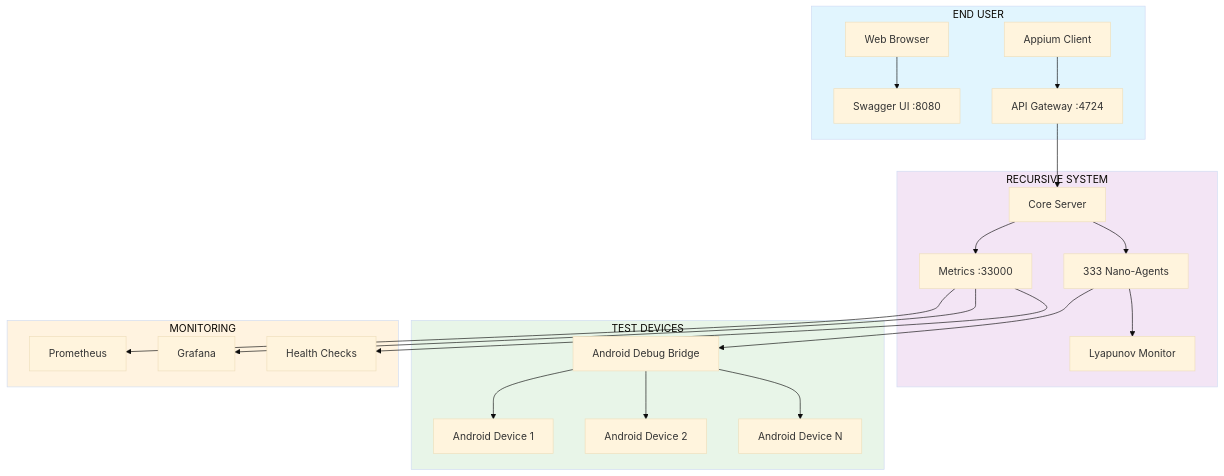
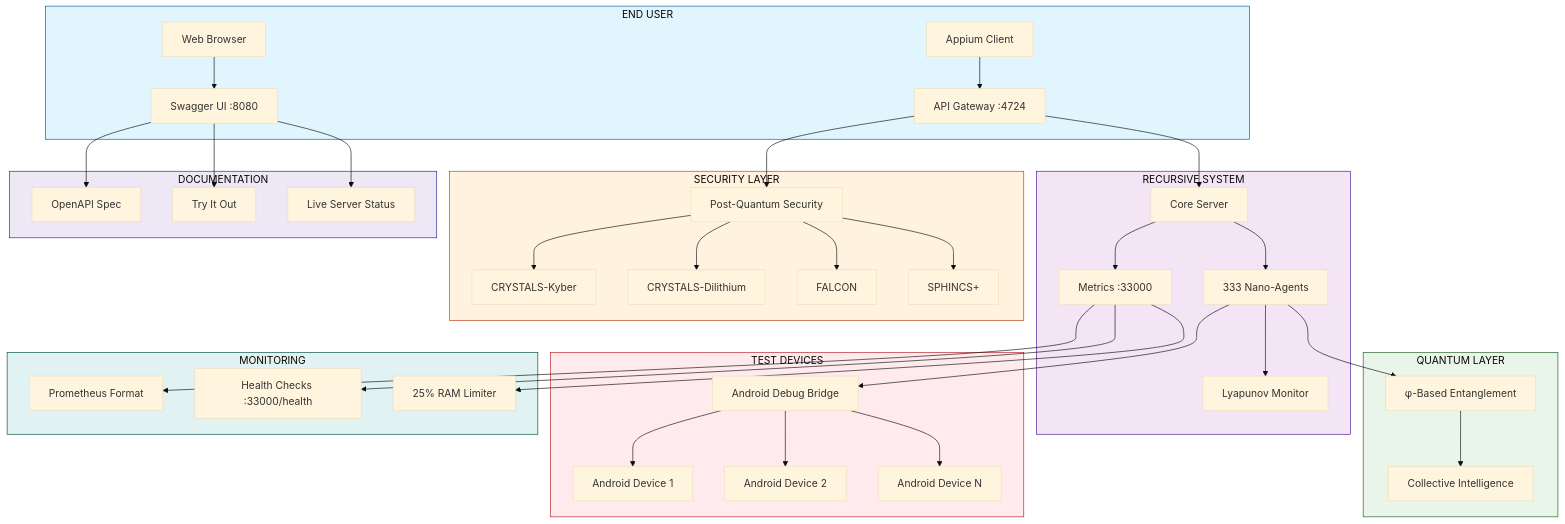
The diagram in USERMANUAL.md (primordialomegazero/Fully-Recursive-Autonomous-Appium), drawn with Mermaid (base theme) before and after one commit. The commit also changed other lines of this file, not shown here.

````diff
--- a/USERMANUAL.md
+++ b/USERMANUAL.md
@@ -205,32 +218,54 @@
 ```mermaid
 graph TB
     subgraph USER["END USER"]
         A[Web Browser] --> S[Swagger UI :8080]
         B[Appium Client] --> API[API Gateway :4724]
     end
 
     subgraph SYSTEM["RECURSIVE SYSTEM"]
         API --> CORE[Core Server]
         CORE --> AGENTS[333 Nano-Agents]
         AGENTS --> STABILITY[Lyapunov Monitor]
         CORE --> METRICS[Metrics :33000]
     end
 
+    subgraph QUANTUM["QUANTUM LAYER"]
+        AGENTS --> ENTANGLE[φ-Based Entanglement]
+        ENTANGLE --> COLLECTIVE[Collective Intelligence]
+    end
+
+    subgraph SECURITY["SECURITY LAYER"]
+        API --> PQ[Post-Quantum Security]
+        PQ --> KYBER[CRYSTALS-Kyber]
+        PQ --> DILITHIUM[CRYSTALS-Dilithium]
+        PQ --> FALCON[FALCON]
+        PQ --> SPHINCS[SPHINCS+]
+    end
+
     subgraph DEVICES["TEST DEVICES"]
         AGENTS --> ADB[Android Debug Bridge]
         ADB --> D1[Android Device 1]
         ADB --> D2[Android Device 2]
         ADB --> DN[Android Device N]
     end
 
     subgraph MONITOR["MONITORING"]
-        METRICS --> P[Prometheus]
-        METRICS --> G[Grafana]
-        METRICS --> H[Health Checks]
+        METRICS --> P[Prometheus Format]
+        METRICS --> H[Health Checks :33000/health]
+        METRICS --> MEM[25% RAM Limiter]
     end
 
-    style USER fill:#e1f5fe
-    style SYSTEM fill:#f3e5f5
-    style DEVICES fill:#e8f5e8
-    style MONITOR fill:#fff3e0
+    subgraph DOCS["DOCUMENTATION"]
+        S --> SPEC[OpenAPI Spec]
+        S --> TRY[Try It Out]
+        S --> STATUS[Live Server Status]
+    end
+
+    style USER fill:#e1f5fe,stroke:#01579b
+    style SYSTEM fill:#f3e5f5,stroke:#4a148c
+    style QUANTUM fill:#e8f5e8,stroke:#1b5e20
+    style SECURITY fill:#fff3e0,stroke:#bf360c
+    style DEVICES fill:#ffebee,stroke:#b71c1c
+    style MONITOR fill:#e0f2f1,stroke:#004d40
+    style DOCS fill:#ede7f6,stroke:#311b92
 ```
````
